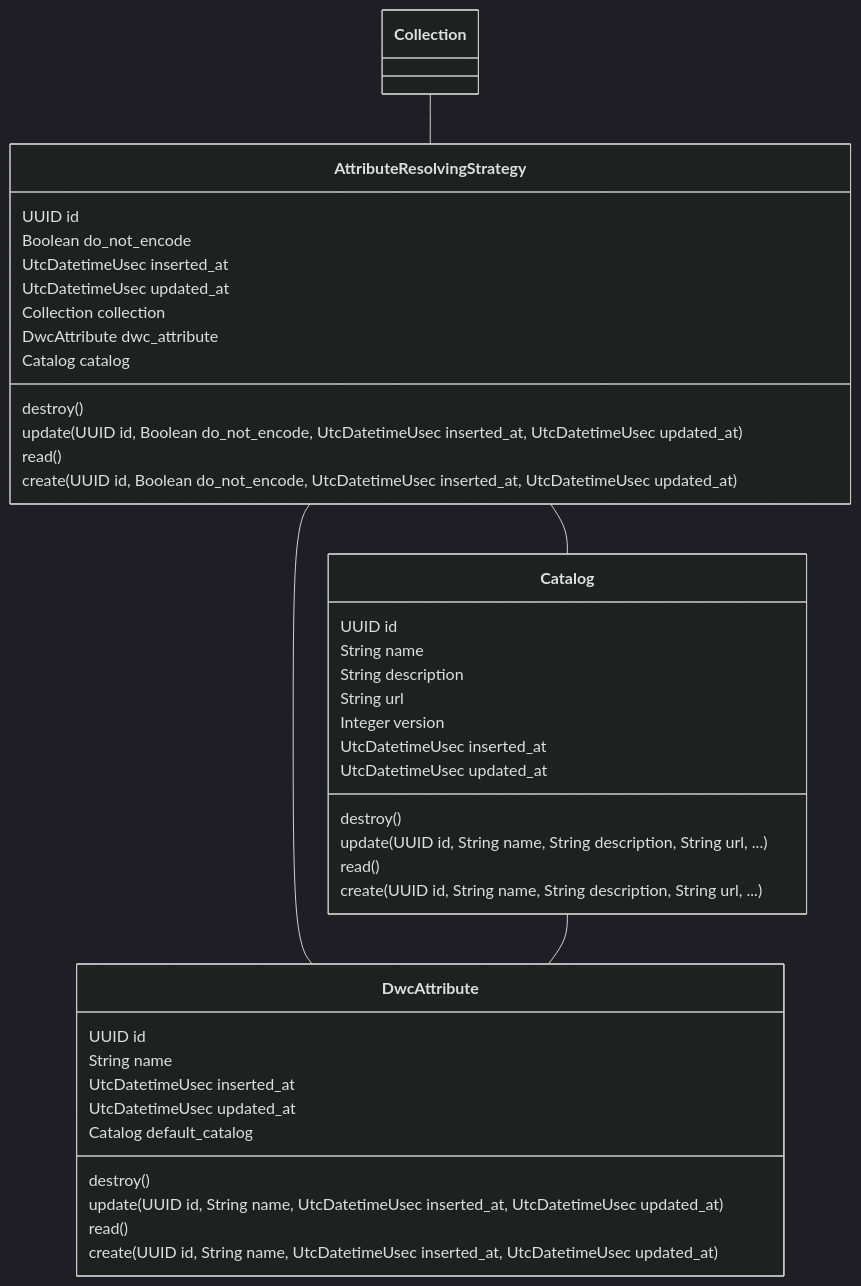
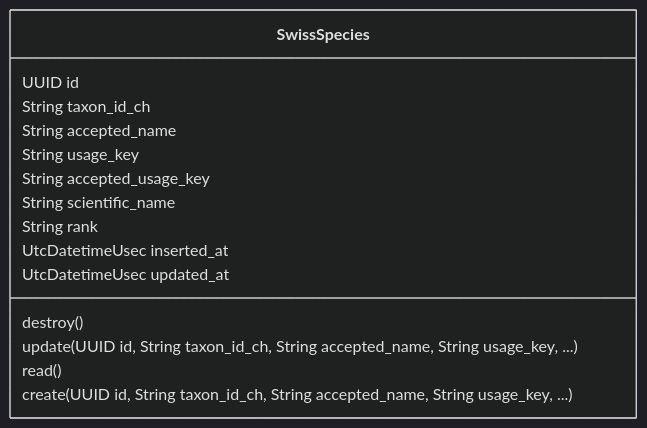
Before and after one commit to zebbra/data_aggregator: the diagram in lib/data_aggregator/taxonomy/taxonomy-mermaid-class-diagram.md, drawn with Mermaid (dark theme). The commit also changed 25 other files, not shown here.

Commit message:
setup for encoding towards swiss species catalog

````diff
--- a/lib/data_aggregator/taxonomy/taxonomy-mermaid-class-diagram.md
+++ b/lib/data_aggregator/taxonomy/taxonomy-mermaid-class-diagram.md
@@ -1,46 +1,21 @@
 ```mermaid
 classDiagram
-    class DwcAttribute {
+    class SwissSpecies {
         UUID id
-        String name
-        UtcDatetimeUsec inserted_at
-        UtcDatetimeUsec updated_at
-        Catalog default_catalog
-        destroy()
-        update(UUID id, String name, UtcDatetimeUsec inserted_at, UtcDatetimeUsec updated_at)
-        read()
-        create(UUID id, String name, UtcDatetimeUsec inserted_at, UtcDatetimeUsec updated_at)
-    }
-    class Catalog {
-        UUID id
-        String name
-        String description
-        String url
-        Integer version
+        String taxon_id_ch
+        String accepted_name
+        String usage_key
+        String accepted_usage_key
+        String scientific_name
+        String rank
         UtcDatetimeUsec inserted_at
         UtcDatetimeUsec updated_at
         destroy()
-        update(UUID id, String name, String description, String url, ...)
+        update(UUID id, String taxon_id_ch, String accepted_name, String usage_key, ...)
         read()
-        create(UUID id, String name, String description, String url, ...)
-    }
-    class AttributeResolvingStrategy {
-        UUID id
-        Boolean do_not_encode
-        UtcDatetimeUsec inserted_at
-        UtcDatetimeUsec updated_at
-        Collection collection
-        DwcAttribute dwc_attribute
-        Catalog catalog
-        destroy()
-        update(UUID id, Boolean do_not_encode, UtcDatetimeUsec inserted_at, UtcDatetimeUsec updated_at)
-        read()
-        create(UUID id, Boolean do_not_encode, UtcDatetimeUsec inserted_at, UtcDatetimeUsec updated_at)
+        create(UUID id, String taxon_id_ch, String accepted_name, String usage_key, ...)
     }
 
-    Collection -- AttributeResolvingStrategy
-    AttributeResolvingStrategy -- Catalog
-    AttributeResolvingStrategy -- DwcAttribute
-    Catalog -- DwcAttribute
+
 
 ```
````
